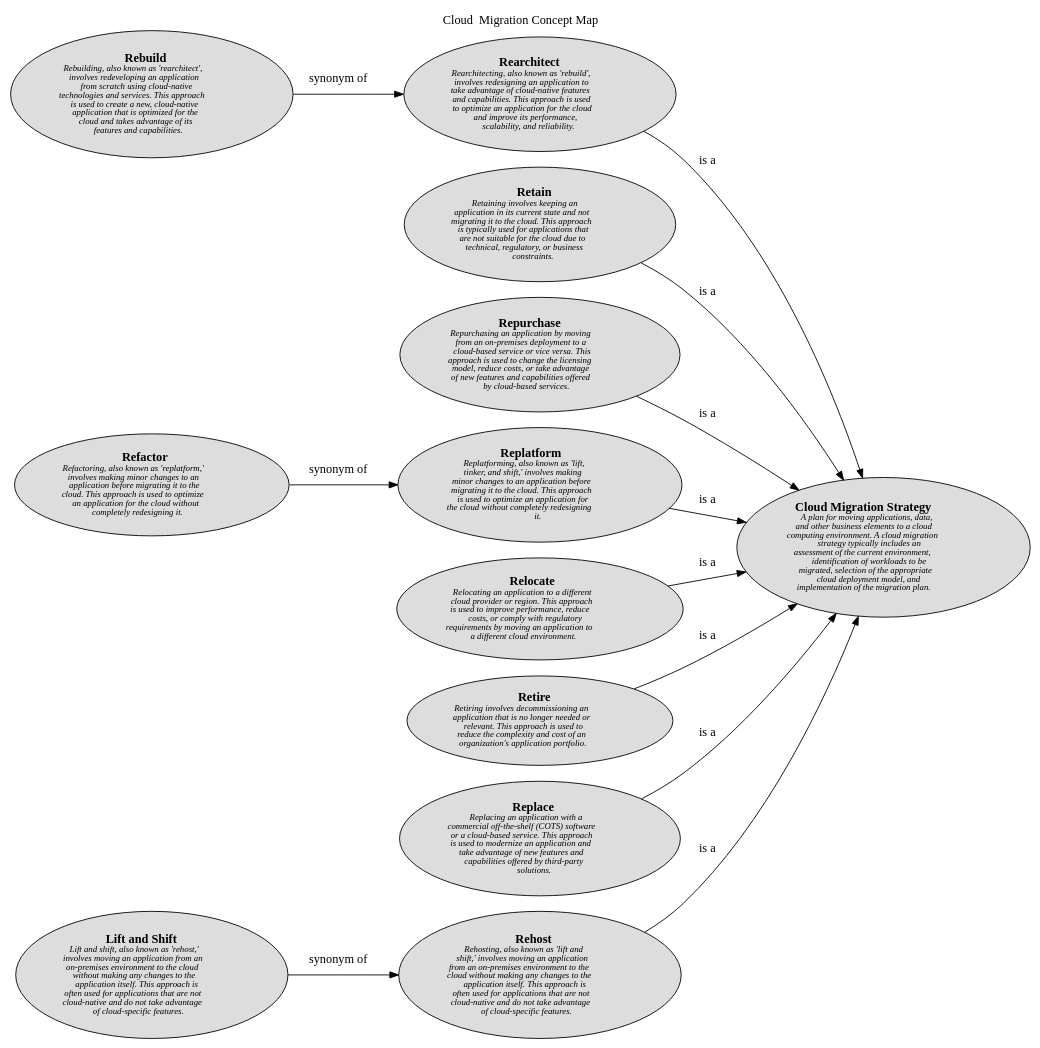
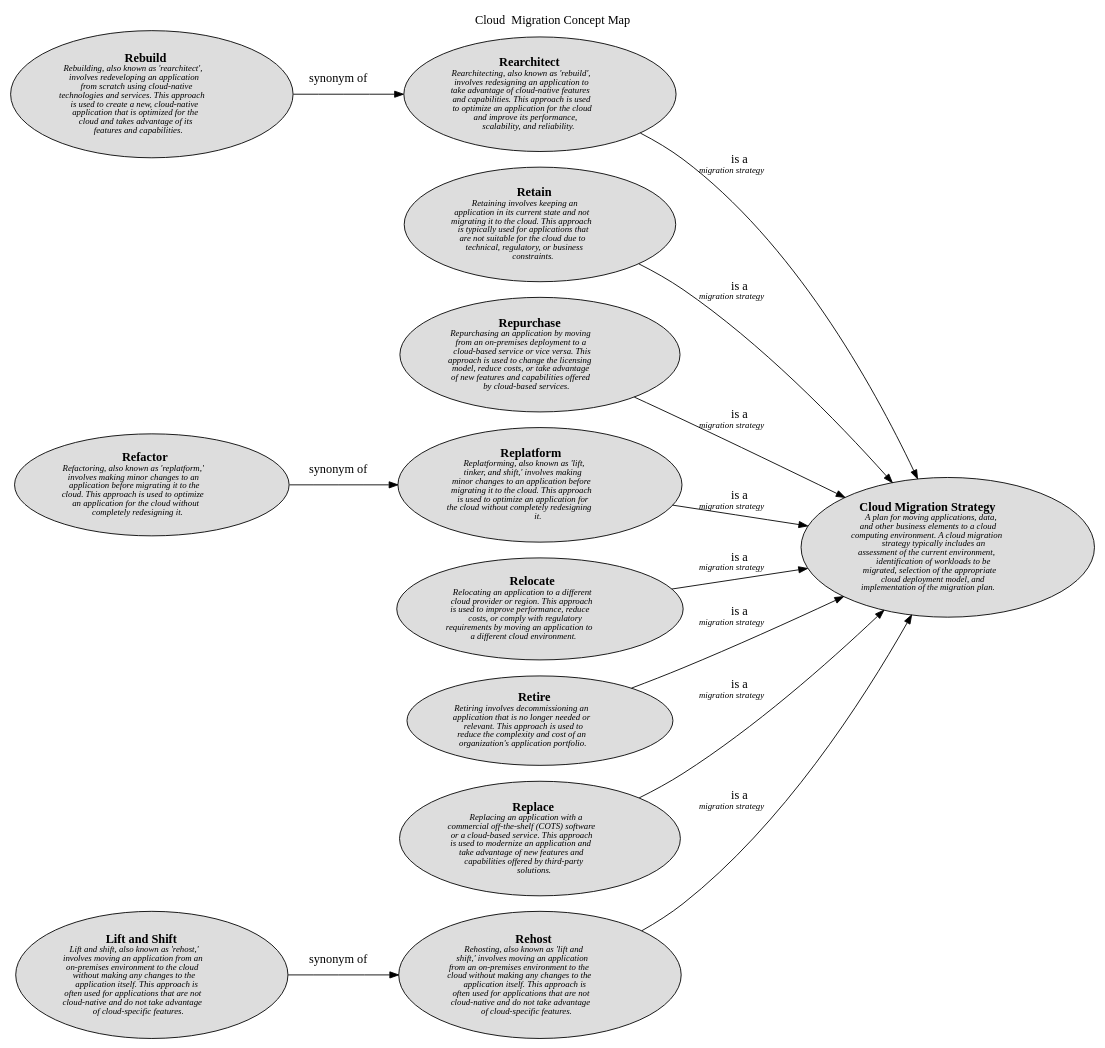
One commit to lsolbach/overarch-models changed the diagram in docs/software-development/cloud/migration/concept-view.dot. Above: the diagram before and after it, drawn with Graphviz. The commit also changed 47 other files, not shown here.

```diff
--- a/docs/software-development/cloud/migration/concept-view.dot
+++ b/docs/software-development/cloud/migration/concept-view.dot
@@ -1,34 +1,34 @@
 digraph "Cloud  Migration Concept Map" {
   labelloc= "t"
   label="Cloud  Migration Concept Map"
   rankdir="LR"
 
   layout=dot
 software_development_cloud_migration__rehost [shape=ellipse style=filled fillcolor="#dddddd" label=<<B>Rehost</B><BR/><FONT POINT-SIZE="10"><I>Rehosting, also known as &apos;lift and<BR/>shift,&apos; involves moving an application<BR/>from an on-premises environment to the<BR/>cloud without making any changes to the<BR/>application itself. This approach is<BR/>often used for applications that are not<BR/>cloud-native and do not take advantage<BR/>of cloud-specific features. </I></FONT>>]
 software_development_cloud_migration__rearchitect [shape=ellipse style=filled fillcolor="#dddddd" label=<<B>Rearchitect</B><BR/><FONT POINT-SIZE="10"><I>Rearchitecting, also known as &apos;rebuild&apos;,<BR/>involves redesigning an application to<BR/>take advantage of cloud-native features<BR/>and capabilities. This approach is used<BR/>to optimize an application for the cloud<BR/>and improve its performance,<BR/>scalability, and reliability. </I></FONT>>]
 software_development_cloud_migration__lift_and_shift [shape=ellipse style=filled fillcolor="#dddddd" label=<<B>Lift and Shift</B><BR/><FONT POINT-SIZE="10"><I>Lift and shift, also known as &apos;rehost,&apos;<BR/>involves moving an application from an<BR/>on-premises environment to the cloud<BR/>without making any changes to the<BR/>application itself. This approach is<BR/>often used for applications that are not<BR/>cloud-native and do not take advantage<BR/>of cloud-specific features. </I></FONT>>]
 software_development_cloud_migration__rebuild [shape=ellipse style=filled fillcolor="#dddddd" label=<<B>Rebuild</B><BR/><FONT POINT-SIZE="10"><I>Rebuilding, also known as &apos;rearchitect&apos;,<BR/>involves redeveloping an application<BR/>from scratch using cloud-native<BR/>technologies and services. This approach<BR/>is used to create a new, cloud-native<BR/>application that is optimized for the<BR/>cloud and takes advantage of its<BR/>features and capabilities. </I></FONT>>]
 software_development_cloud__cloud_migration_strategy [shape=ellipse style=filled fillcolor="#dddddd" label=<<B>Cloud Migration Strategy</B><BR/><FONT POINT-SIZE="10"><I>A plan for moving applications, data,<BR/>and other business elements to a cloud<BR/>computing environment. A cloud migration<BR/>strategy typically includes an<BR/>assessment of the current environment,<BR/>identification of workloads to be<BR/>migrated, selection of the appropriate<BR/>cloud deployment model, and<BR/>implementation of the migration plan. </I></FONT>>]
 software_development_cloud_migration__retain [shape=ellipse style=filled fillcolor="#dddddd" label=<<B>Retain</B><BR/><FONT POINT-SIZE="10"><I>Retaining involves keeping an<BR/>application in its current state and not<BR/>migrating it to the cloud. This approach<BR/>is typically used for applications that<BR/>are not suitable for the cloud due to<BR/>technical, regulatory, or business<BR/>constraints. </I></FONT>>]
 software_development_cloud_migration__refactor [shape=ellipse style=filled fillcolor="#dddddd" label=<<B>Refactor</B><BR/><FONT POINT-SIZE="10"><I>Refactoring, also known as &apos;replatform,&apos;<BR/>involves making minor changes to an<BR/>application before migrating it to the<BR/>cloud. This approach is used to optimize<BR/>an application for the cloud without<BR/>completely redesigning it. </I></FONT>>]
 software_development_cloud_migration__repurchase [shape=ellipse style=filled fillcolor="#dddddd" label=<<B>Repurchase</B><BR/><FONT POINT-SIZE="10"><I>Repurchasing an application by moving<BR/>from an on-premises deployment to a<BR/>cloud-based service or vice versa. This<BR/>approach is used to change the licensing<BR/>model, reduce costs, or take advantage<BR/>of new features and capabilities offered<BR/>by cloud-based services. </I></FONT>>]
 software_development_cloud_migration__replatform [shape=ellipse style=filled fillcolor="#dddddd" label=<<B>Replatform</B><BR/><FONT POINT-SIZE="10"><I>Replatforming, also known as &apos;lift,<BR/>tinker, and shift,&apos; involves making<BR/>minor changes to an application before<BR/>migrating it to the cloud. This approach<BR/>is used to optimize an application for<BR/>the cloud without completely redesigning<BR/>it. </I></FONT>>]
 software_development_cloud_migration__relocate [shape=ellipse style=filled fillcolor="#dddddd" label=<<B>Relocate</B><BR/><FONT POINT-SIZE="10"><I>Relocating an application to a different<BR/>cloud provider or region. This approach<BR/>is used to improve performance, reduce<BR/>costs, or comply with regulatory<BR/>requirements by moving an application to<BR/>a different cloud environment. </I></FONT>>]
 software_development_cloud_migration__retire [shape=ellipse style=filled fillcolor="#dddddd" label=<<B>Retire</B><BR/><FONT POINT-SIZE="10"><I>Retiring involves decommissioning an<BR/>application that is no longer needed or<BR/>relevant. This approach is used to<BR/>reduce the complexity and cost of an<BR/>organization&apos;s application portfolio. </I></FONT>>]
 software_development_cloud_migration__replace [shape=ellipse style=filled fillcolor="#dddddd" label=<<B>Replace</B><BR/><FONT POINT-SIZE="10"><I>Replacing an application with a<BR/>commercial off-the-shelf (COTS) software<BR/>or a cloud-based service. This approach<BR/>is used to modernize an application and<BR/>take advantage of new features and<BR/>capabilities offered by third-party<BR/>solutions. </I></FONT>>]
  
 software_development_cloud_migration__lift_and_shift -> software_development_cloud_migration__rehost [label=<synonym of<BR/><FONT POINT-SIZE="10"><I> </I></FONT>>]
-software_development_cloud_migration__retain -> software_development_cloud__cloud_migration_strategy [label=<is a<BR/><FONT POINT-SIZE="10"><I> </I></FONT>>]
-software_development_cloud_migration__replatform -> software_development_cloud__cloud_migration_strategy [label=<is a<BR/><FONT POINT-SIZE="10"><I> </I></FONT>>]
-software_development_cloud_migration__rearchitect -> software_development_cloud__cloud_migration_strategy [label=<is a<BR/><FONT POINT-SIZE="10"><I> </I></FONT>>]
-software_development_cloud_migration__repurchase -> software_development_cloud__cloud_migration_strategy [label=<is a<BR/><FONT POINT-SIZE="10"><I> </I></FONT>>]
-software_development_cloud_migration__retire -> software_development_cloud__cloud_migration_strategy [label=<is a<BR/><FONT POINT-SIZE="10"><I> </I></FONT>>]
-software_development_cloud_migration__rehost -> software_development_cloud__cloud_migration_strategy [label=<is a<BR/><FONT POINT-SIZE="10"><I> </I></FONT>>]
-software_development_cloud_migration__replace -> software_development_cloud__cloud_migration_strategy [label=<is a<BR/><FONT POINT-SIZE="10"><I> </I></FONT>>]
+software_development_cloud_migration__retain -> software_development_cloud__cloud_migration_strategy [label=<is a<BR/><FONT POINT-SIZE="10"><I>migration strategy </I></FONT>>]
+software_development_cloud_migration__relocate -> software_development_cloud__cloud_migration_strategy [label=<is a<BR/><FONT POINT-SIZE="10"><I>migration strategy </I></FONT>>]
+software_development_cloud_migration__replatform -> software_development_cloud__cloud_migration_strategy [label=<is a<BR/><FONT POINT-SIZE="10"><I>migration strategy </I></FONT>>]
 software_development_cloud_migration__refactor -> software_development_cloud_migration__replatform [label=<synonym of<BR/><FONT POINT-SIZE="10"><I> </I></FONT>>]
-software_development_cloud_migration__relocate -> software_development_cloud__cloud_migration_strategy [label=<is a<BR/><FONT POINT-SIZE="10"><I> </I></FONT>>]
+software_development_cloud_migration__rearchitect -> software_development_cloud__cloud_migration_strategy [label=<is a<BR/><FONT POINT-SIZE="10"><I>migration strategy </I></FONT>>]
+software_development_cloud_migration__repurchase -> software_development_cloud__cloud_migration_strategy [label=<is a<BR/><FONT POINT-SIZE="10"><I>migration strategy </I></FONT>>]
+software_development_cloud_migration__replace -> software_development_cloud__cloud_migration_strategy [label=<is a<BR/><FONT POINT-SIZE="10"><I>migration strategy </I></FONT>>]
 software_development_cloud_migration__rebuild -> software_development_cloud_migration__rearchitect [label=<synonym of<BR/><FONT POINT-SIZE="10"><I> </I></FONT>>]
+software_development_cloud_migration__rehost -> software_development_cloud__cloud_migration_strategy [label=<is a<BR/><FONT POINT-SIZE="10"><I>migration strategy </I></FONT>>]
+software_development_cloud_migration__retire -> software_development_cloud__cloud_migration_strategy [label=<is a<BR/><FONT POINT-SIZE="10"><I>migration strategy </I></FONT>>]
  
 }
 
 // (generated by Overarch with template views/view.dot.cmb)
```
